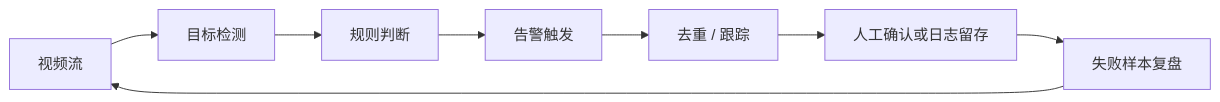
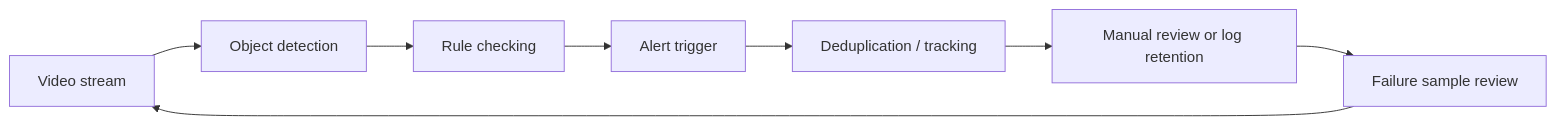
One commit to oudbiao/AI-fullstack-course changed the diagram in docs/ch10-computer-vision/ch06-projects/01-security-detection.md. Above: the diagram before and after it, drawn with Mermaid. The commit also changed other lines of this file and 1406 other files, not shown here.

````diff
--- a/docs/ch10-computer-vision/ch06-projects/01-security-detection.md
+++ b/docs/ch10-computer-vision/ch06-projects/01-security-detection.md
@@ -67,10 +67,10 @@
 ```mermaid
 flowchart LR
-    A["视频流"] --> B["目标检测"]
-    B --> C["规则判断"]
-    C --> D["告警触发"]
-    D --> E["去重 / 跟踪"]
-    E --> F["人工确认或日志留存"]
-    F --> G["失败样本复盘"]
+    A["Video stream"] --> B["Object detection"]
+    B --> C["Rule checking"]
+    C --> D["Alert trigger"]
+    D --> E["Deduplication / tracking"]
+    E --> F["Manual review or log retention"]
+    F --> G["Failure sample review"]
     G --> A
 ```
````
